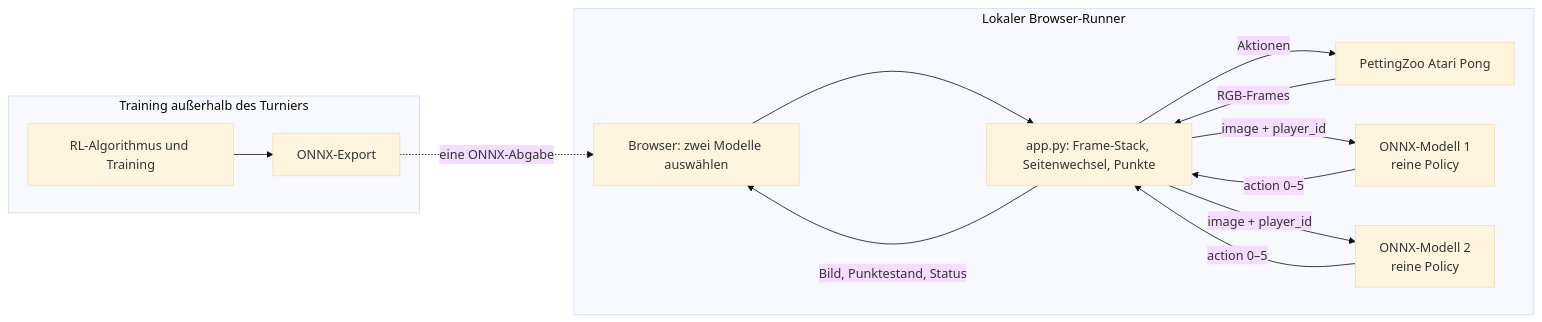
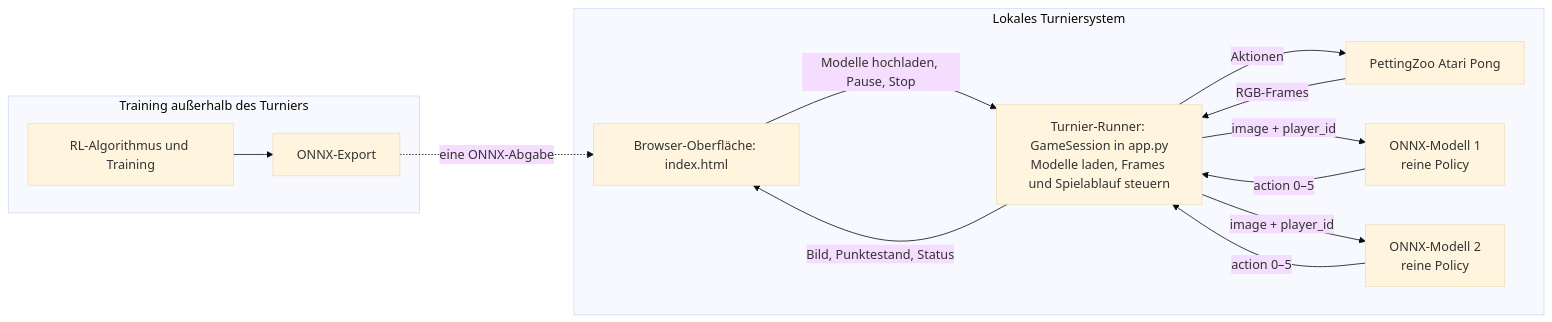
Before and after one commit to georgmerz/rl-challenge: the diagram in README.md, drawn with Mermaid (base theme). The commit also changed other lines of this file, not shown here.

Commit message:
Separate tournament runner from browser UI in docs

````diff
--- a/README.md
+++ b/README.md
@@ -17,25 +18,25 @@
 ```mermaid
 flowchart LR
     subgraph training[Training außerhalb des Turniers]
         method[RL-Algorithmus und Training] --> export[ONNX-Export]
     end
 
-    subgraph tournament[Lokaler Browser-Runner]
-        browser[Browser: zwei Modelle auswählen]
-        runner[app.py: Frame-Stack, Seitenwechsel, Punkte]
+    subgraph tournament[Lokales Turniersystem]
+        browser[Browser-Oberfläche: index.html]
+        runner["Turnier-Runner: GameSession in app.py<br/>Modelle laden, Frames und Spielablauf steuern"]
         arena[PettingZoo Atari Pong]
         model1["ONNX-Modell 1<br/>reine Policy"]
         model2["ONNX-Modell 2<br/>reine Policy"]
 
-        browser --> runner
+        browser -->|Modelle hochladen, Pause, Stop| runner
         arena -->|RGB-Frames| runner
         runner -->|image + player_id| model1
         runner -->|image + player_id| model2
         model1 -->|action 0–5| runner
         model2 -->|action 0–5| runner
         runner -->|Aktionen| arena
         runner -->|Bild, Punktestand, Status| browser
     end
 
     export -. eine ONNX-Abgabe .-> browser
 ```
````
